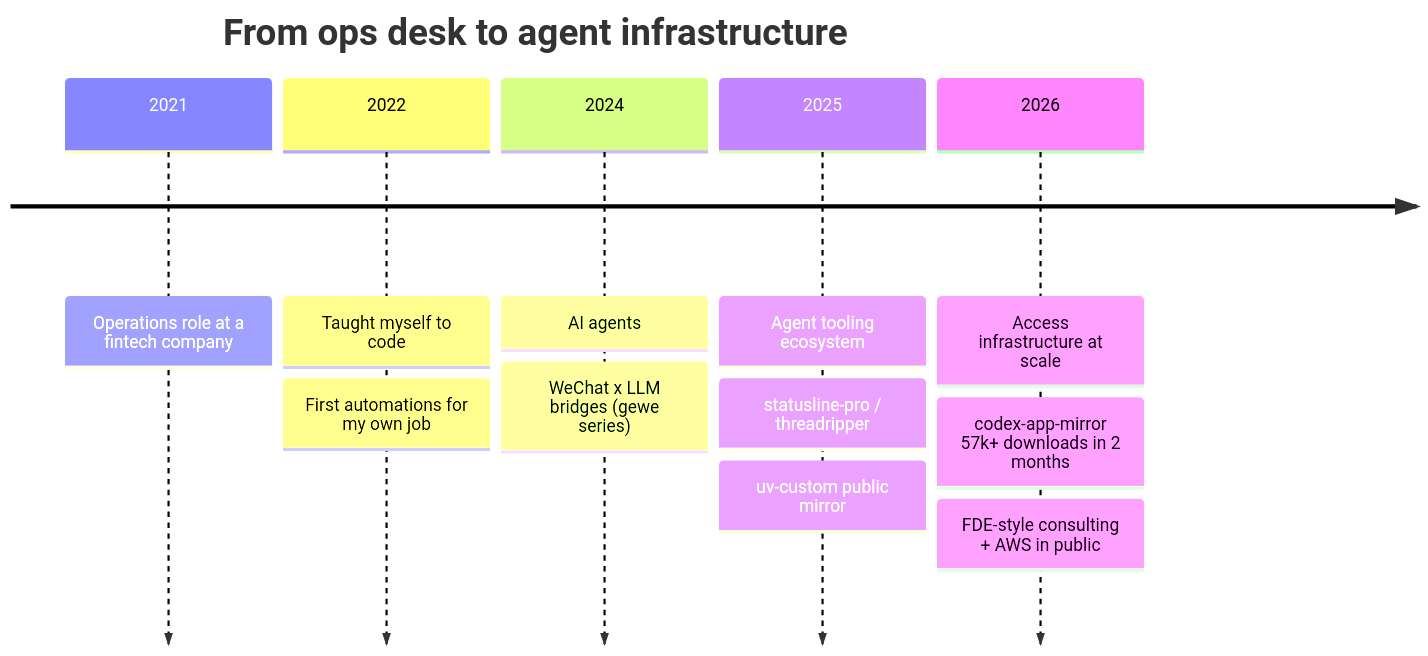
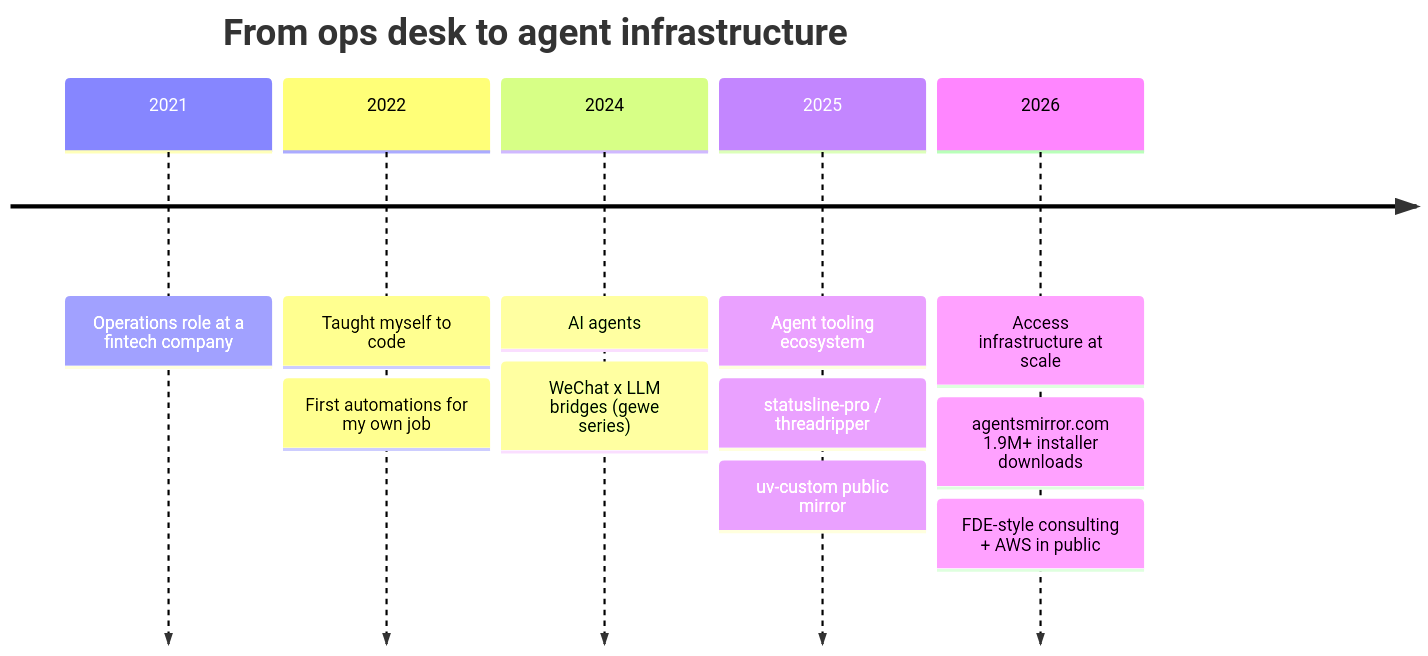
Before and after one commit to Wangnov/Wangnov: the diagram in README.md, drawn with Mermaid. The commit also changed other lines of this file and 13 other files, not shown here.

Commit message:
feat: launch agentsmirror.com hub website and upgrade profile SEO/GEO

````diff
--- a/README.md
+++ b/README.md
@@ -30,9 +34,9 @@
 ```mermaid
 timeline
     title From ops desk to agent infrastructure
     2021 : Operations role at a fintech company
     2022 : Taught myself to code : First automations for my own job
     2024 : AI agents : WeChat x LLM bridges (gewe series)
     2025 : Agent tooling ecosystem : statusline-pro / threadripper : uv-custom public mirror
-    2026 : Access infrastructure at scale : codex-app-mirror 57k+ downloads in 2 months : FDE-style consulting + AWS in public
+    2026 : Access infrastructure at scale : agentsmirror.com 1.9M+ installer downloads : FDE-style consulting + AWS in public
 ```
````
